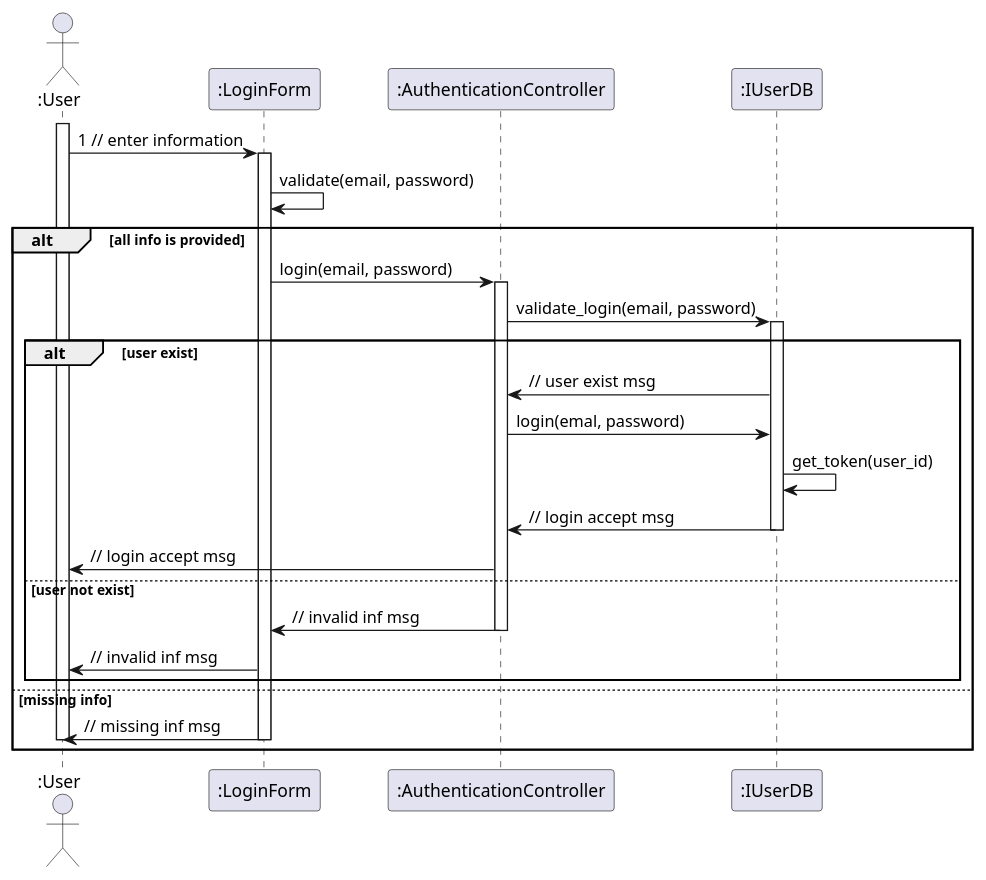
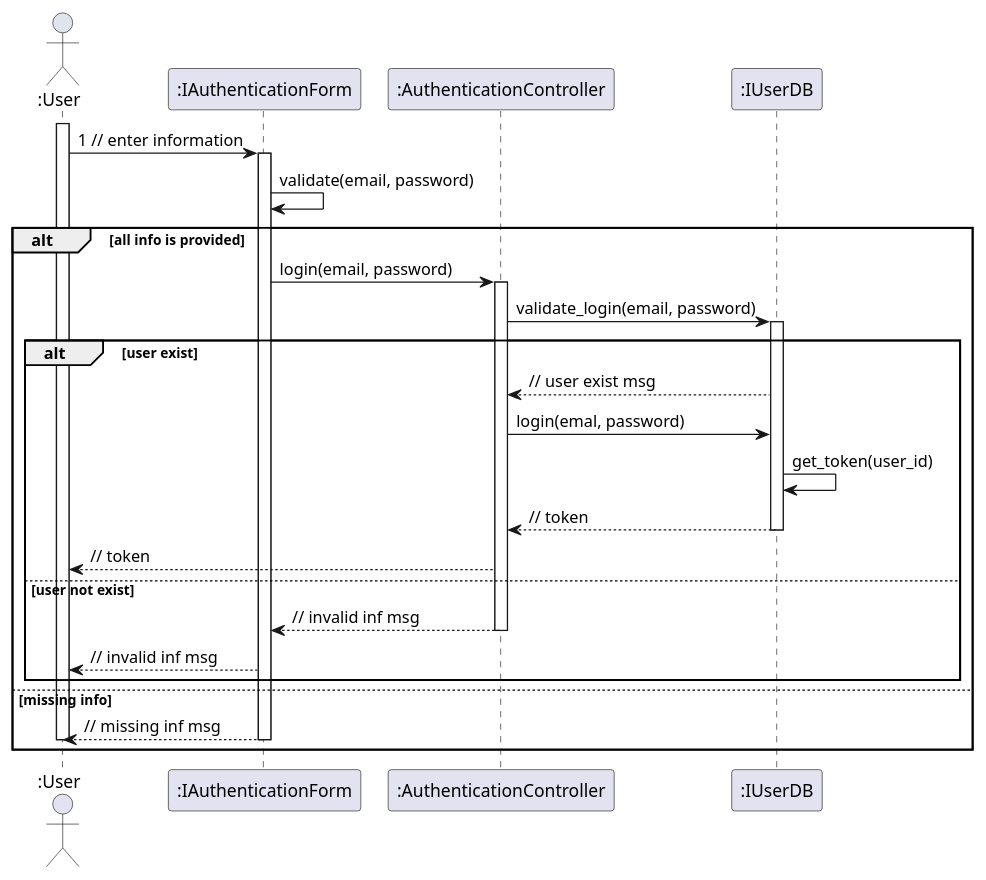
The diagram in sequence - design/authentication/login.plantuml (anonyhostvn/OOAD-Diagram), drawn with PlantUML before and after one commit. The commit also changed 14 other files, not shown here.

Commit message:
sequenceDiagramAuthenticationUpdateFull

```diff
--- a/sequence - design/authentication/login.plantuml
+++ b/sequence - design/authentication/login.plantuml
@@ -1,38 +1,38 @@
 @startuml
 actor ":User"
 
 activate ":User"
-":User" -> ":LoginForm" : 1 // enter information
-activate ":LoginForm"
-":LoginForm" -> ":LoginForm" : validate(email, password)
+":User" -> ":IAuthenticationForm" : 1 // enter information
+activate ":IAuthenticationForm"
+":IAuthenticationForm" -> ":IAuthenticationForm" : validate(email, password)
 
 alt all info is provided
 
-":LoginForm" -> ":AuthenticationController" : login(email, password)
+":IAuthenticationForm" -> ":AuthenticationController" : login(email, password)
 activate ":AuthenticationController"
 ":AuthenticationController" -> ":IUserDB" : validate_login(email, password)
 
 alt user exist
 activate ":IUserDB"
-":IUserDB" -> ":AuthenticationController" : // user exist msg
+":IUserDB" --> ":AuthenticationController" : // user exist msg
 ":AuthenticationController" -> ":IUserDB" : login(emal, password)
 
 ":IUserDB" -> ":IUserDB" : get_token(user_id)
-":IUserDB" -> ":AuthenticationController" : // login accept msg
+":IUserDB" --> ":AuthenticationController" : // token
 deactivate ":IUserDB"
-":AuthenticationController" -> ":User" : // login accept msg
+":AuthenticationController" --> ":User" : // token
 
 else user not exist
-":AuthenticationController" -> ":LoginForm" : // invalid inf msg
+":AuthenticationController" --> ":IAuthenticationForm" : // invalid inf msg
 deactivate ":AuthenticationController"
-":LoginForm" -> ":User" : // invalid inf msg
+":IAuthenticationForm" --> ":User" : // invalid inf msg
 
 end
 
 else missing info
 
-":LoginForm" -> ":User" : // missing inf msg
-deactivate ":LoginForm"
+":IAuthenticationForm" --> ":User" : // missing inf msg
+deactivate ":IAuthenticationForm"
 deactivate ":User"
 end
 @enduml
```
